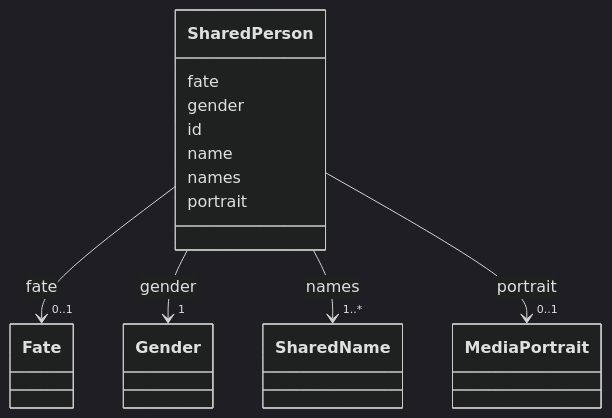
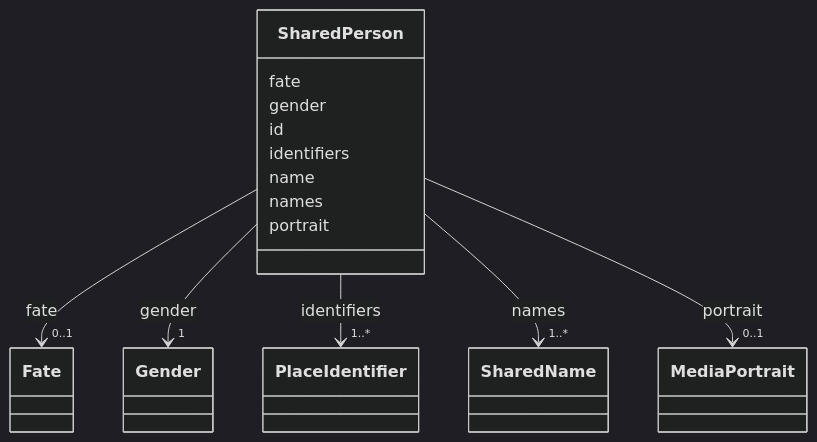
One commit to dsmedia/pruzhany-schema changed the diagram in linkml/generated/docs/shared_record/SharedPerson.md. Above: the diagram before and after it, drawn with Mermaid (dark theme). The commit also changed other lines of this file and 78 other files, not shown here.

First line of the commit message:
Identifiers on persons and organisations, with an old_identifier type

````diff
--- a/linkml/generated/docs/shared_record/SharedPerson.md
+++ b/linkml/generated/docs/shared_record/SharedPerson.md
@@ -23,54 +23,65 @@
 ```mermaid
  classDiagram
     class SharedPerson
     click SharedPerson href "../SharedPerson/"
       SharedPerson : fate
         
           
     
         
         
         SharedPerson --> "0..1" Fate : fate
         click Fate href "../Fate/"
     
 
         
       SharedPerson : gender
         
           
     
         
         
         SharedPerson --> "1" Gender : gender
         click Gender href "../Gender/"
     
 
         
       SharedPerson : id
         
+      SharedPerson : identifiers
+        
+          
+    
+        
+        
+        SharedPerson --> "1..*" PlaceIdentifier : identifiers
+        click PlaceIdentifier href "../PlaceIdentifier/"
+    
+
+        
       SharedPerson : name
         
       SharedPerson : names
         
           
     
         
         
         SharedPerson --> "1..*" SharedName : names
         click SharedName href "../SharedName/"
     
 
         
       SharedPerson : portrait
         
           
     
         
         
         SharedPerson --> "0..1" MediaPortrait : portrait
         click MediaPortrait href "../MediaPortrait/"
     
 
         
       
 ```
````
